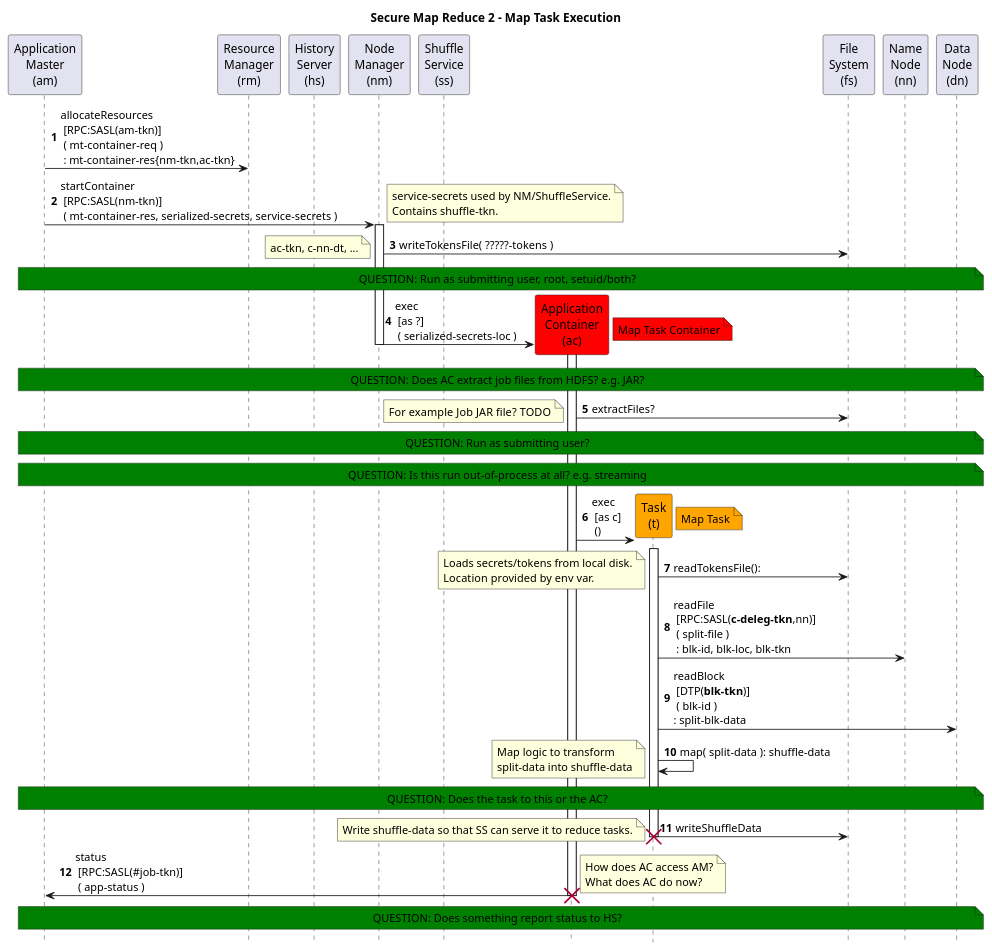
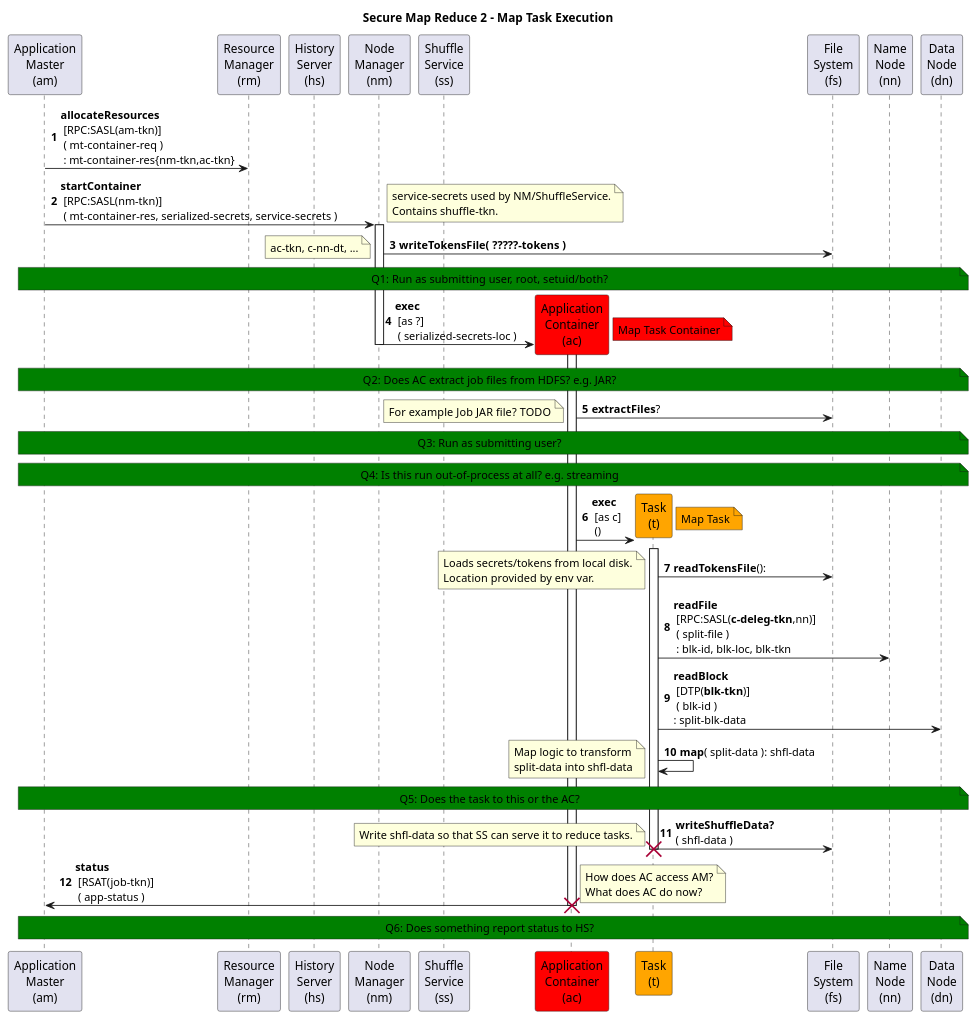
The diagram in hadoop/src/secure-mapreduce2-05-map-task-execution.puml (kminder/puml), drawn with PlantUML before and after one commit. The commit also changed 7 other files, not shown here.

```diff
--- a/hadoop/src/secure-mapreduce2-05-map-task-execution.puml
+++ b/hadoop/src/secure-mapreduce2-05-map-task-execution.puml
@@ -1,89 +1,91 @@
 @startuml
 title Secure Map Reduce 2 - Map Task Execution
 autonumber
-hide footbox
+'hide footbox
 
+'participant "Kerberos\nKDC" as KDC
 'participant "Client\n(c)" as C
 participant "Application\nMaster\n(am)" as AM
 'participant "Client\nService\n(cs)" as CS
 participant "Resource\nManager\n(rm)" as RM
 participant "History\nServer\n(hs)" as HS
 participant "Node\nManager\n(nm)" as NM
 participant "Shuffle\nService\n(ss)" as SS
 participant "Application\nContainer\n(ac)" as AC #red
 participant "Task\n(t)" as T #orange
 participant "File\nSystem\n(fs)" as FS
 participant "Name\nNode\n(nn)" as NN
 participant "Data\nNode\n(dn)" as DN
 
   'note over C,DN #green: QUESTION ?
 
 '1
-AM->RM: allocateResources\n [RPC:SASL(am-tkn)]\n ( mt-container-req )\n : mt-container-res{nm-tkn,ac-tkn}
+AM->RM: <b>allocateResources\n [RPC:SASL(am-tkn)]\n ( mt-container-req )\n : mt-container-res{nm-tkn,ac-tkn}
 
 '2
-AM->NM: startContainer\n [RPC:SASL(nm-tkn)]\n ( mt-container-res, serialized-secrets, service-secrets )
+AM->NM: <b>startContainer\n [RPC:SASL(nm-tkn)]\n ( mt-container-res, serialized-secrets, service-secrets )
   note right: service-secrets used by NM/ShuffleService.\nContains shuffle-tkn.
 
   activate NM
 '3
-NM->FS: writeTokensFile( ?????-tokens )
+NM->FS: <b>writeTokensFile( ?????-tokens )
   note left: ac-tkn, c-nn-dt, ...
 
   create AC
 
-  note over AM,DN #green: QUESTION: Run as submitting user, root, setuid/both?
+note over AM,DN #green: Q1: Run as submitting user, root, setuid/both?
 
 '4
-NM->AC: exec\n [as ?]\n ( serialized-secrets-loc )
+NM->AC: <b>exec\n [as ?]\n ( serialized-secrets-loc )
   note right #red: Map Task Container
 
   deactivate NM
   activate AC
 
-  note over AM,DN #green: QUESTION: Does AC extract job files from HDFS? e.g. JAR?
+note over AM,DN #green: Q2: Does AC extract job files from HDFS? e.g. JAR?
+
 '5
-AC->FS: extractFiles?
+AC->FS: <b>extractFiles</b>?
   note left: For example Job JAR file?  TODO
   create T
 
-  note over AM,DN #green: QUESTION: Run as submitting user?
-  note over AM,DN #green: QUESTION: Is this run out-of-process at all? e.g. streaming
+note over AM,DN #green: Q3: Run as submitting user?
+note over AM,DN #green: Q4: Is this run out-of-process at all? e.g. streaming
 
 '6
-AC->T: exec\n [as c]\n ()
+AC->T: <b>exec\n [as c]\n ()
   note right #orange: Map Task
   activate T
 
 '7
-T->FS: readTokensFile():
+T->FS: <b>readTokensFile</b>():
   note left: Loads secrets/tokens from local disk.\nLocation provided by env var.
 
 '8
-T->NN: readFile\n [RPC:SASL(<b>c-deleg-tkn</b>,nn)]\n ( split-file )\n : blk-id, blk-loc, blk-tkn
+T->NN: <b>readFile\n [RPC:SASL(<b>c-deleg-tkn</b>,nn)]\n ( split-file )\n : blk-id, blk-loc, blk-tkn
 
 '9
-T->DN: readBlock\n [DTP(<b>blk-tkn</b>)]\n ( blk-id )\n: split-blk-data
+T->DN: <b>readBlock\n [DTP(<b>blk-tkn</b>)]\n ( blk-id )\n: split-blk-data
 
 '10
-T->T: map( split-data ): shuffle-data
-  note left: Map logic to transform\nsplit-data into shuffle-data
+T->T: <b>map</b>( split-data ): shfl-data
+  note left: Map logic to transform\nsplit-data into shfl-data
 
-note over AM,DN #green: QUESTION: Does the task to this or the AC?
+note over AM,DN #green: Q5: Does the task to this or the AC?
 
 '11
-T->FS: writeShuffleData
-  note left: Write shuffle-data so that SS can serve it to reduce tasks.
+T->FS: <b>writeShuffleData<b>?\n( shfl-data )
+  note left: Write shfl-data so that SS can serve it to reduce tasks.
 
   deactivate T
   destroy T
 
 '12
-AC->AM: status\n [RPC:SASL(#job-tkn)]\n ( app-status )
+AC->AM: <b>status\n [RSAT(job-tkn)]\n ( app-status )
   note right: How does AC access AM?\nWhat does AC do now?
   deactivate AC
   destroy AC
 
-note over AM,DN #green: QUESTION: Does something report status to HS?
+note over AM,DN #green: Q6: Does something report status to HS?
 
 @enduml
```
